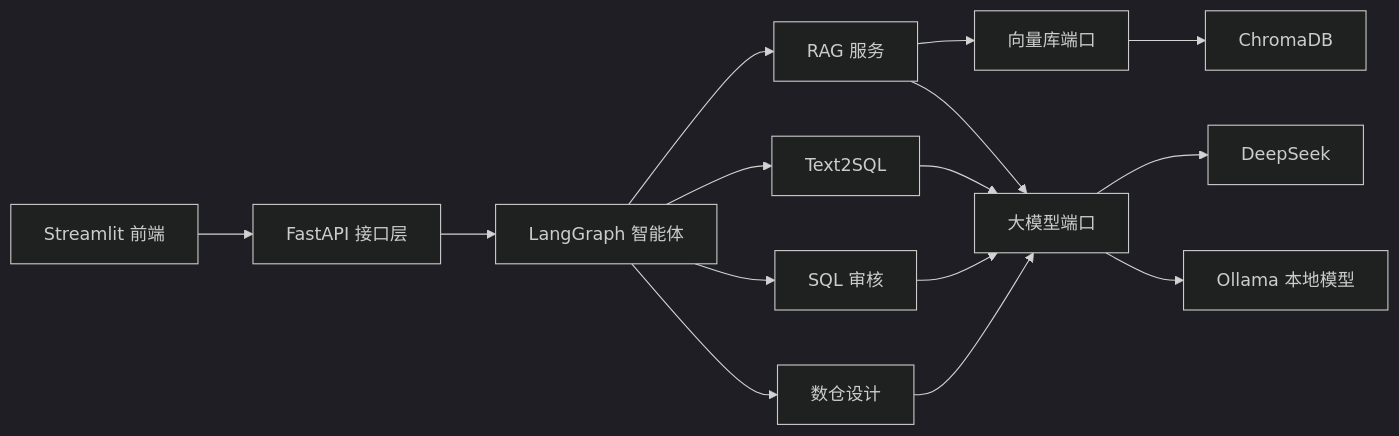
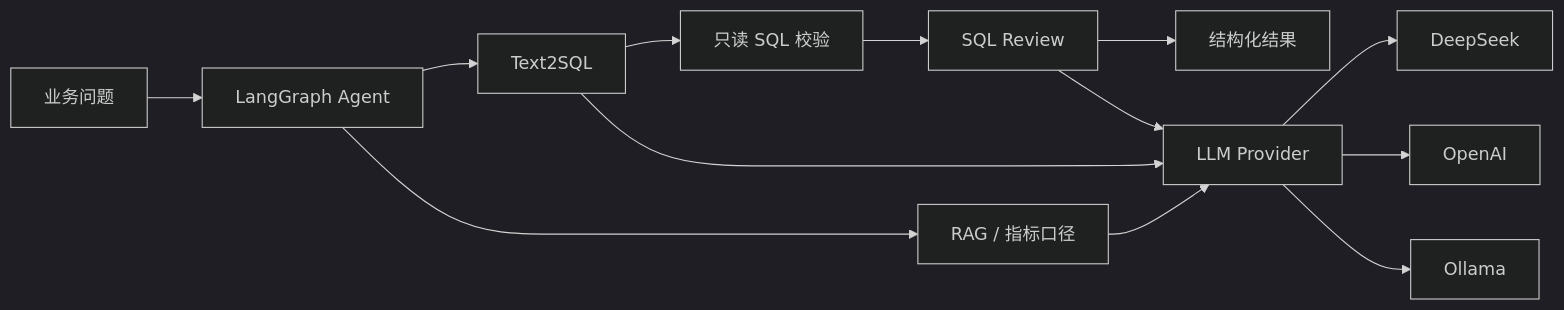
One commit to plutoczm/DataCopilot changed the diagram in README.md. Above: the diagram before and after it, drawn with Mermaid (dark theme). The commit also changed other lines of this file, not shown here.

````diff
--- a/README.md
+++ b/README.md
@@ -11,17 +18,15 @@
 ```mermaid
 flowchart LR
-    UI[Streamlit 前端] --> API[FastAPI 接口层]
-    API --> Agent[LangGraph 智能体]
-    Agent --> RAG[RAG 服务]
+    User[业务问题] --> Agent[LangGraph Agent]
+    Agent --> RAG[RAG / 指标口径]
     Agent --> T2S[Text2SQL]
-    Agent --> Review[SQL 审核]
-    Agent --> WH[数仓设计]
-    RAG --> VS[向量库端口]
-    RAG --> LLM[大模型端口]
+    T2S --> Guard[只读 SQL 校验]
+    Guard --> Review[SQL Review]
+    Review --> Result[结构化结果]
+    RAG --> LLM[LLM Provider]
     T2S --> LLM
     Review --> LLM
-    WH --> LLM
-    VS --> Chroma[ChromaDB]
     LLM --> DeepSeek[DeepSeek]
-    LLM --> Ollama[Ollama 本地模型]
+    LLM --> OpenAI[OpenAI]
+    LLM --> Ollama[Ollama]
 ```
````
